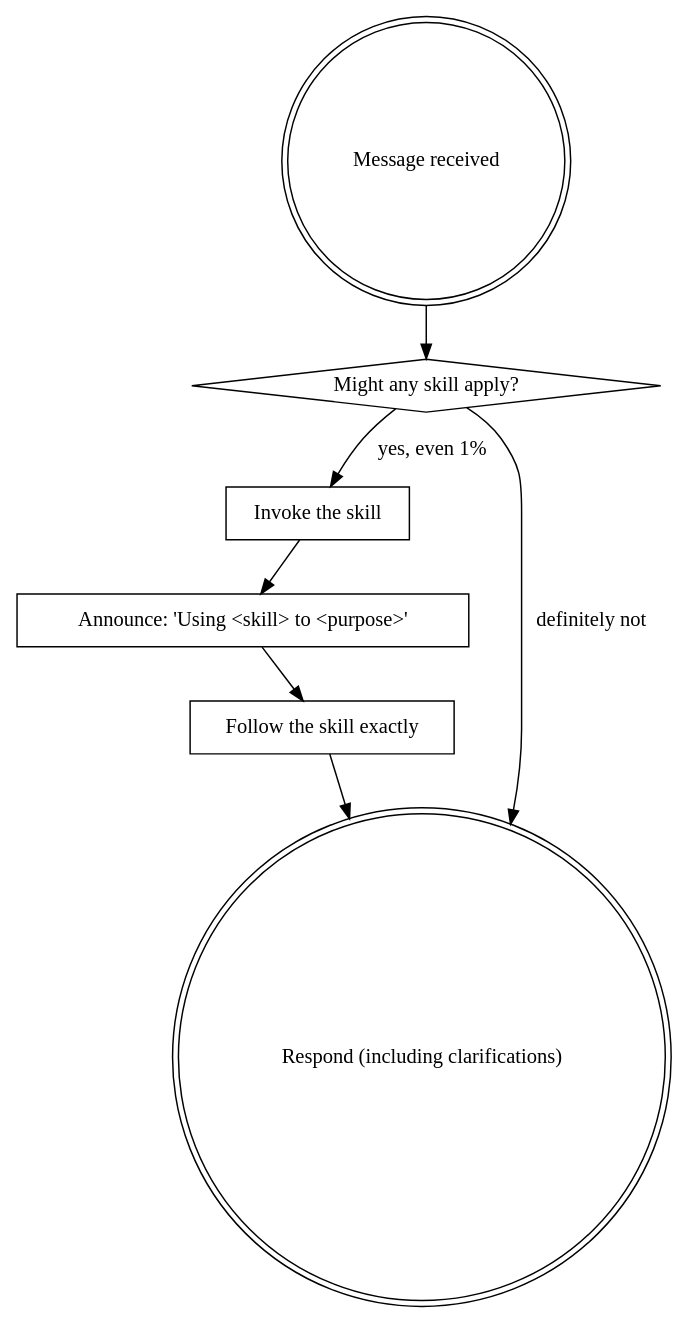
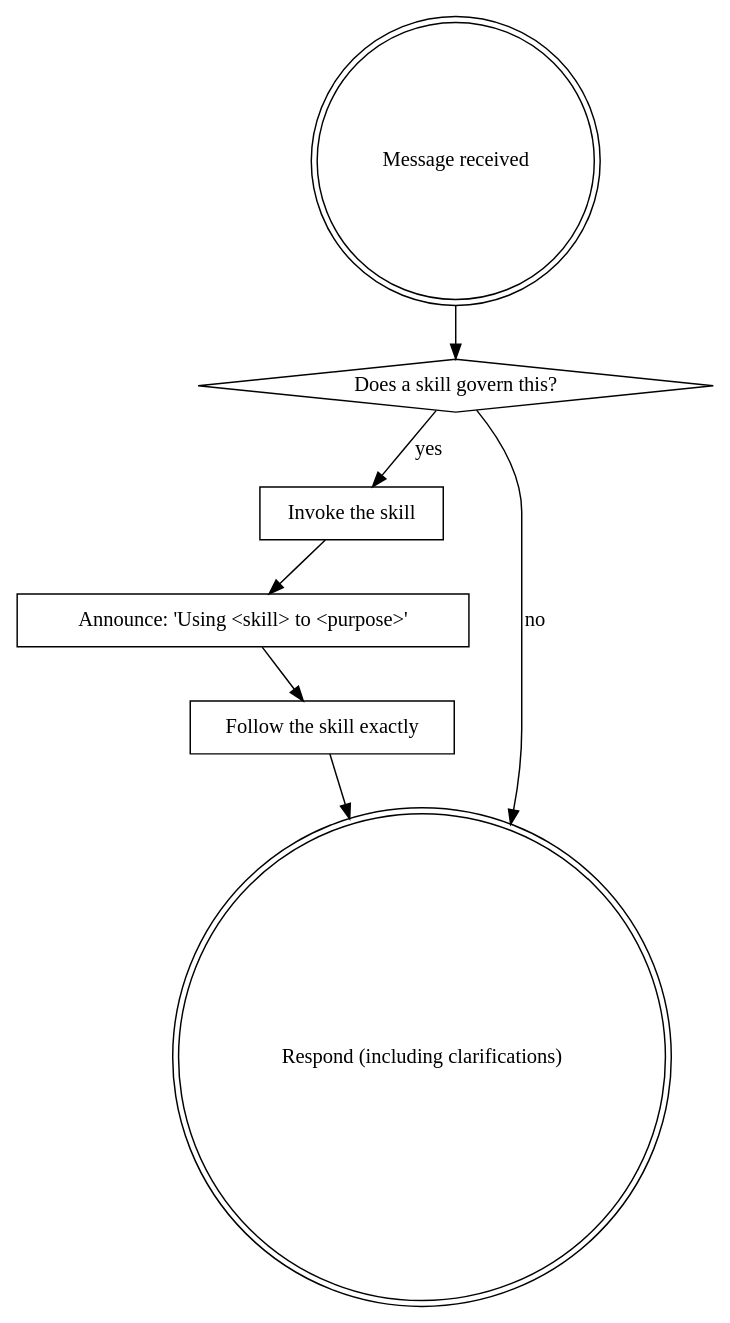
Before and after one commit to kaelzhang/omnipowers: the diagram in skills/using-omnipowers/SKILL.md, drawn with Graphviz. The commit also changed other lines of this file and 2 other files, not shown here.

````diff
--- a/skills/using-omnipowers/SKILL.md
+++ b/skills/using-omnipowers/SKILL.md
@@ -48,17 +57,17 @@
 ```dot
 digraph omnipowers_skill_flow {
     "Message received" [shape=doublecircle];
-    "Might any skill apply?" [shape=diamond];
+    "Does a skill govern this?" [shape=diamond];
     "Invoke the skill" [shape=box];
     "Announce: 'Using <skill> to <purpose>'" [shape=box];
     "Follow the skill exactly" [shape=box];
     "Respond (including clarifications)" [shape=doublecircle];
 
-    "Message received" -> "Might any skill apply?";
-    "Might any skill apply?" -> "Invoke the skill" [label="yes, even 1%"];
-    "Might any skill apply?" -> "Respond (including clarifications)" [label="definitely not"];
+    "Message received" -> "Does a skill govern this?";
+    "Does a skill govern this?" -> "Invoke the skill" [label="yes"];
+    "Does a skill govern this?" -> "Respond (including clarifications)" [label="no"];
     "Invoke the skill" -> "Announce: 'Using <skill> to <purpose>'";
     "Announce: 'Using <skill> to <purpose>'" -> "Follow the skill exactly";
     "Follow the skill exactly" -> "Respond (including clarifications)";
 }
 ```
````
